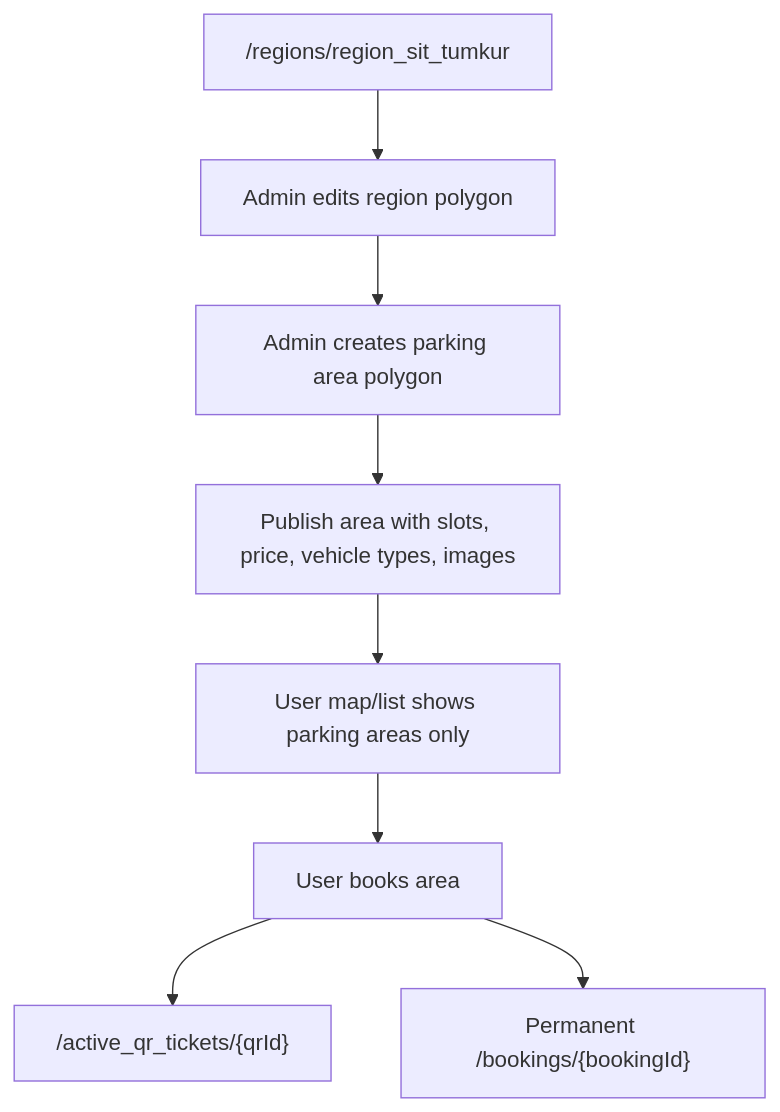
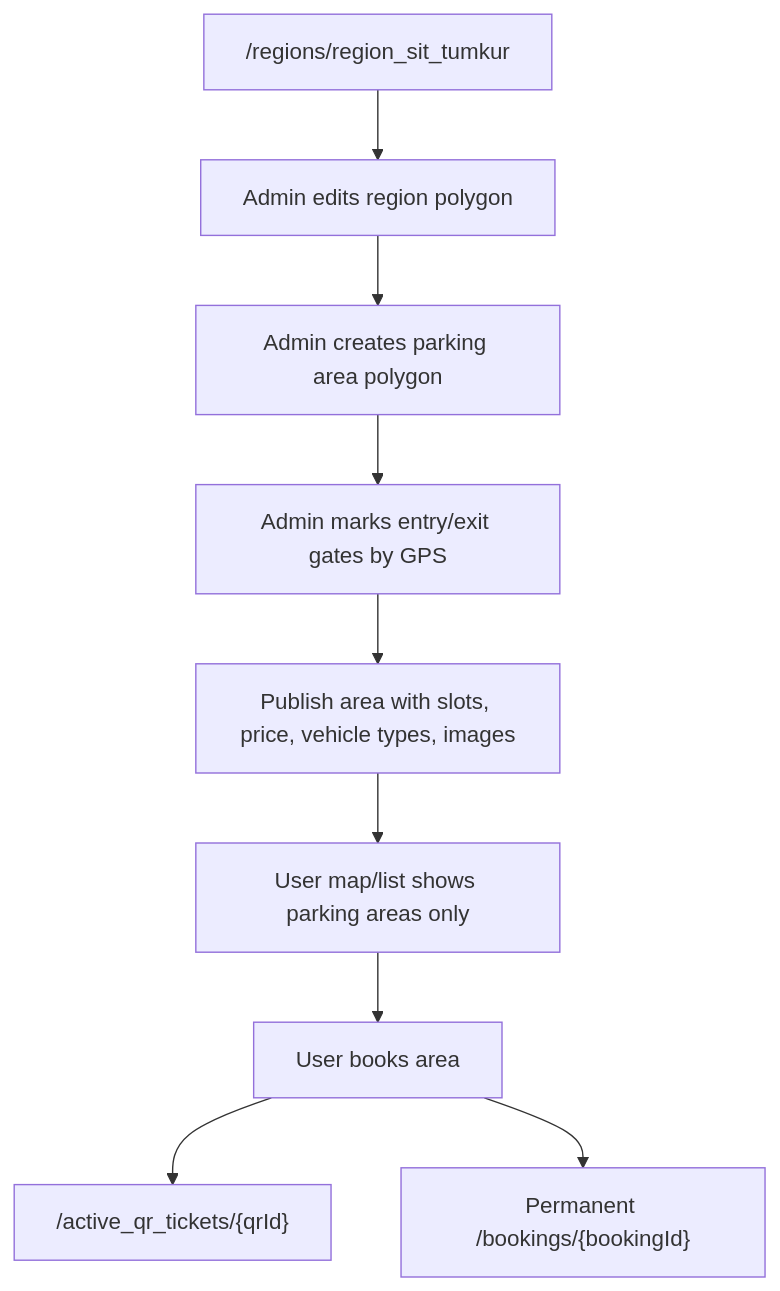
One commit to snehil-pandey/smart-parking-occupancy-system changed the fourth of 11 diagrams in docs/ARCHITECTURE.md. Above: the diagram before and after it, drawn with Mermaid. The commit also changed other lines of this file and 4 other files, not shown here.

````diff
--- a/docs/ARCHITECTURE.md
+++ b/docs/ARCHITECTURE.md
@@ -60,10 +60,11 @@
 ```mermaid
 flowchart TD
   Region["/regions/region_sit_tumkur"] --> Boundary["Admin edits region polygon"]
   Boundary --> Area["Admin creates parking area polygon"]
-  Area --> Publish["Publish area with slots, price, vehicle types, images"]
+  Area --> Gates["Admin marks entry/exit gates by GPS"]
+  Gates --> Publish["Publish area with slots, price, vehicle types, images"]
   Publish --> UserMap["User map/list shows parking areas only"]
   UserMap --> Booking["User books area"]
   Booking --> ActiveQR["/active_qr_tickets/{qrId}"]
   Booking --> History["Permanent /bookings/{bookingId}"]
 ```
````
